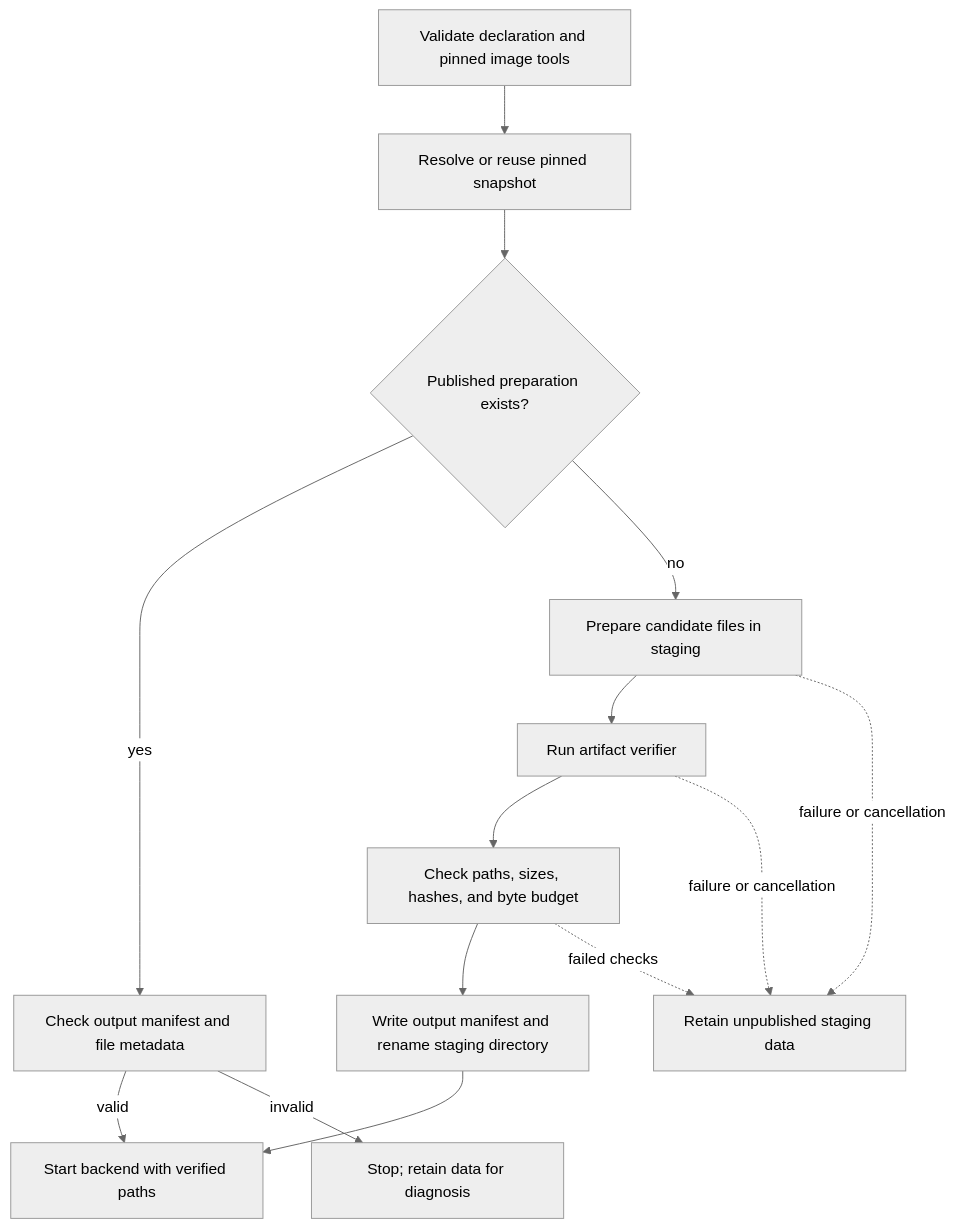
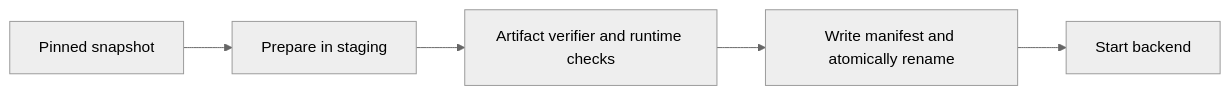
The diagram in docs/design/recipes.md (NVIDIA/NemoClaw), drawn with Mermaid (neutral theme) before and after one commit. The commit also changed other lines of this file and 4 other files, not shown here.

````diff
--- a/docs/design/recipes.md
+++ b/docs/design/recipes.md
@@ -34,16 +28,7 @@
 ```mermaid
-flowchart TD
-    Contract[Validate declaration and pinned image tools] --> Snapshot[Resolve or reuse pinned snapshot]
-    Snapshot --> Existing{Published preparation exists?}
-    Existing -->|yes| Observe[Check output manifest and file metadata]
-    Observe -->|valid| Serve[Start backend with verified paths]
-    Observe -->|invalid| Stop[Stop; retain data for diagnosis]
-    Existing -->|no| Stage[Prepare candidate files in staging]
-    Stage --> Verify[Run artifact verifier]
-    Verify --> Check[Check paths, sizes, hashes, and byte budget]
-    Check --> Publish[Write output manifest and rename staging directory]
-    Publish --> Serve
-    Stage -. failure or cancellation .-> Retain[Retain unpublished staging data]
-    Verify -. failure or cancellation .-> Retain
-    Check -. failed checks .-> Retain
+flowchart LR
+    Snapshot[Pinned snapshot] --> Stage[Prepare in staging]
+    Stage --> Verify[Artifact verifier and runtime checks]
+    Verify --> Publish[Write manifest and atomically rename]
+    Publish --> Serve[Start backend]
 ```
````
